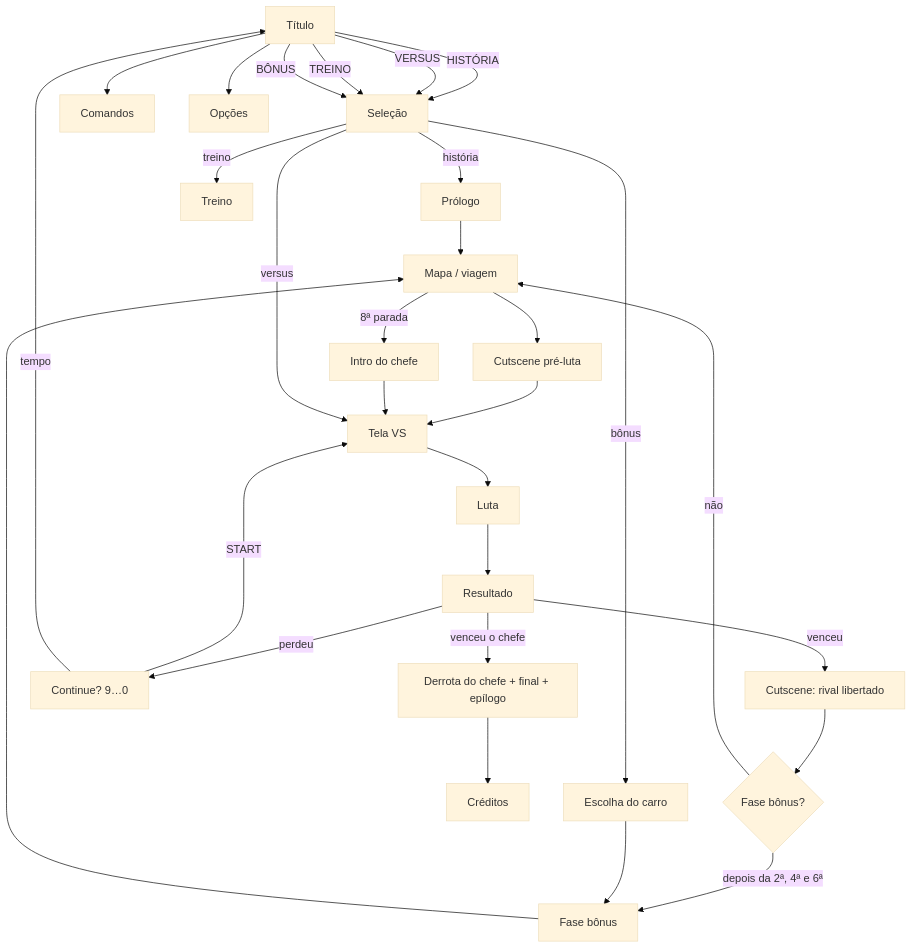
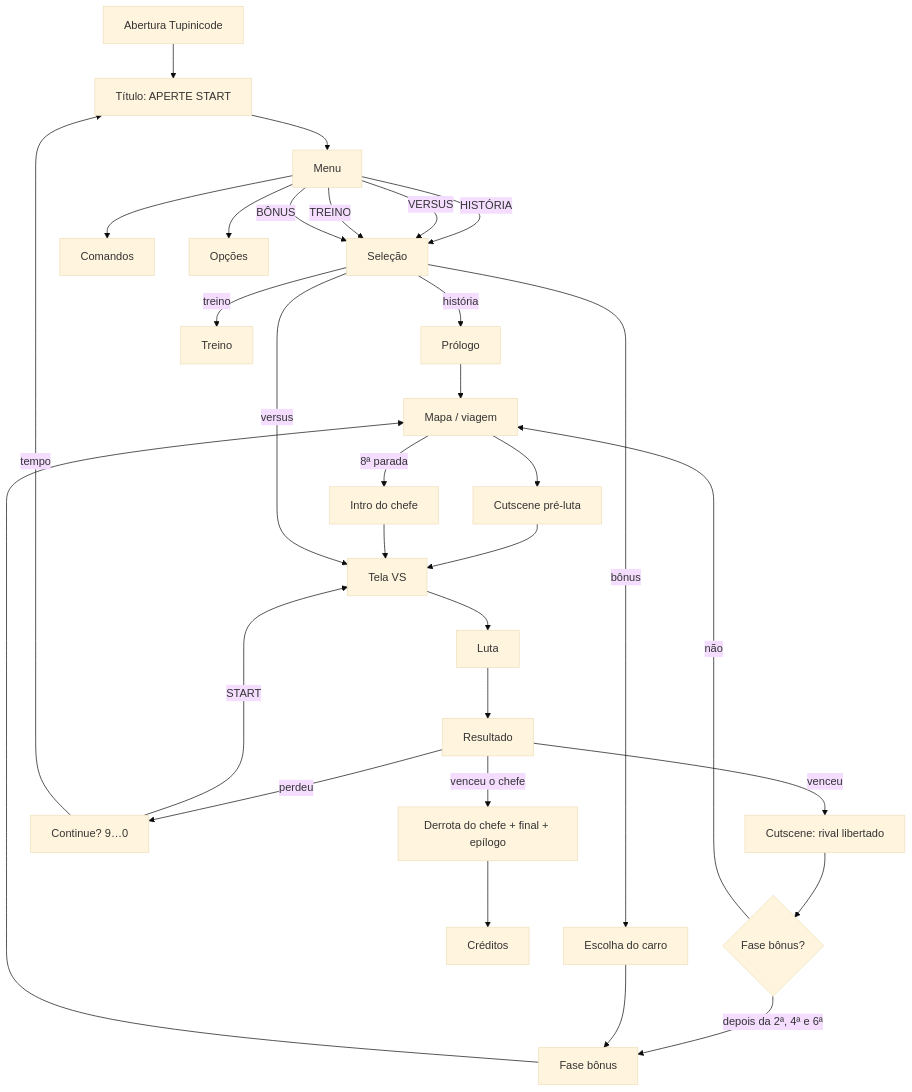
Before and after one commit to Le-Jr/brainrot-battle: the diagram in docs/jogo/02-modos-e-telas.md, drawn with Mermaid (base theme). The commit also changed other lines of this file and 15 other files, not shown here.

Commit message:
docs: documenta a abertura, o novo título e as cutscenes

````diff
--- a/docs/jogo/02-modos-e-telas.md
+++ b/docs/jogo/02-modos-e-telas.md
@@ -16,21 +34,22 @@
 ```mermaid
 flowchart TD
-  T[Título] -->|HISTÓRIA| S[Seleção]
-  T -->|VERSUS| S
-  T -->|TREINO| S
-  T -->|BÔNUS| S
-  T --> M[Comandos]
-  T --> O[Opções]
+  A[Abertura Tupinicode] --> T[Título: APERTE START] --> MN[Menu]
+  MN -->|HISTÓRIA| S[Seleção]
+  MN -->|VERSUS| S
+  MN -->|TREINO| S
+  MN -->|BÔNUS| S
+  MN --> M[Comandos]
+  MN --> O[Opções]
   S -->|história| P[Prólogo] --> MAP[Mapa / viagem]
   MAP --> PF[Cutscene pré-luta] --> VS[Tela VS] --> F[Luta] --> R[Resultado]
   R -->|venceu| FR[Cutscene: rival libertado] --> BN{Fase bônus?}
   BN -->|depois da 2ª, 4ª e 6ª| B[Fase bônus] --> MAP
   BN -->|não| MAP
   R -->|perdeu| C[Continue? 9…0] -->|START| VS
   C -->|tempo| T
   MAP -->|8ª parada| BI[Intro do chefe] --> VS
   R -->|venceu o chefe| E[Derrota do chefe + final + epílogo] --> END[Créditos]
   S -->|versus| VS
   S -->|treino| TR[Treino]
   S -->|bônus| CS[Escolha do carro] --> B
 ```
````
